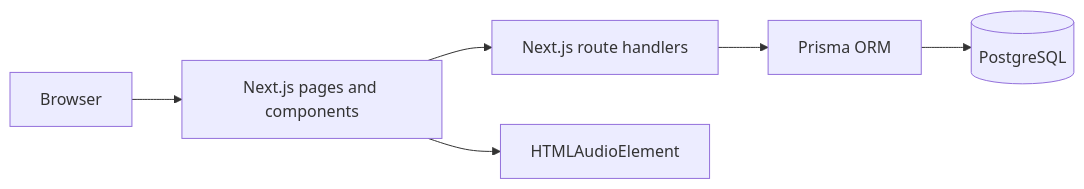
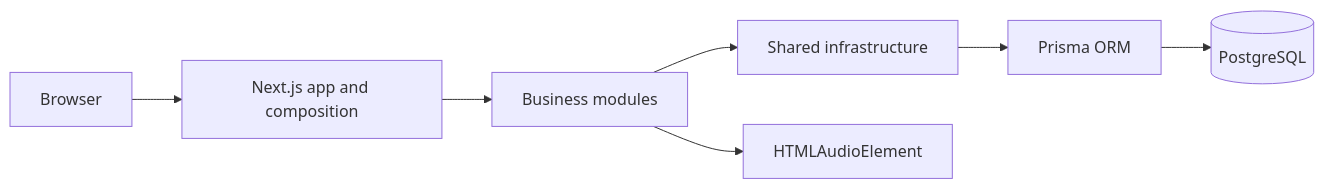
One commit to Mikaila94/spotify changed the first of 2 diagrams in docs/architecture/overview.md. Above: the diagram before and after it, drawn with Mermaid. The commit also changed other lines of this file and 63 other files, not shown here.

````diff
--- a/docs/architecture/overview.md
+++ b/docs/architecture/overview.md
@@ -40,15 +40,17 @@
 ```mermaid
 flowchart LR
   Browser[Browser]
-  NextPages[Next.js pages and components]
-  RouteHandlers[Next.js route handlers]
+  App[Next.js app and composition]
+  Modules[Business modules]
+  Shared[Shared infrastructure]
   Prisma[Prisma ORM]
   Postgres[(PostgreSQL)]
   Audio[HTMLAudioElement]
 
-  Browser --> NextPages
-  NextPages --> RouteHandlers
-  RouteHandlers --> Prisma
+  Browser --> App
+  App --> Modules
+  Modules --> Shared
+  Shared --> Prisma
   Prisma --> Postgres
-  NextPages --> Audio
+  Modules --> Audio
 ```
````
